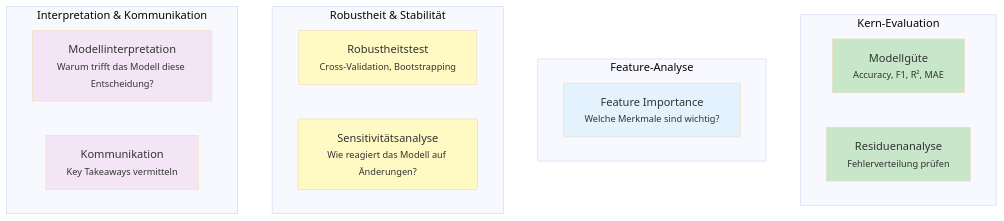
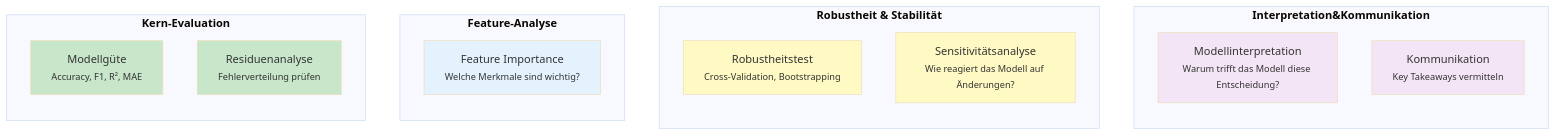
One commit to ralf-42/ML_Intro changed the second of 3 diagrams in docs/concepts/evaluate/bewertung_allgemein.md. Above: the diagram before and after it, drawn with Mermaid (base theme). The commit also changed other lines of this file and 7 other files, not shown here.

````diff
--- a/docs/concepts/evaluate/bewertung_allgemein.md
+++ b/docs/concepts/evaluate/bewertung_allgemein.md
@@ -75,29 +75,31 @@
 ```mermaid
-flowchart TB
-    subgraph core["Kern-Evaluation"]
+flowchart LR
+    subgraph core["<b>Kern-Evaluation"]
         G["Modellgüte<br/><small>Accuracy, F1, R², MAE</small>"]
         R["Residuenanalyse<br/><small>Fehlerverteilung prüfen</small>"]
     end
     
-    subgraph features["Feature-Analyse"]
+    subgraph features["<b>Feature-Analyse"]
         F["Feature Importance<br/><small>Welche Merkmale sind wichtig?</small>"]
     end
     
-    subgraph robustness["Robustheit & Stabilität"]
+    subgraph robustness["<b>Robustheit & Stabilität"]
         RO["Robustheitstest<br/><small>Cross-Validation, Bootstrapping</small>"]
         S["Sensitivitätsanalyse<br/><small>Wie reagiert das Modell auf Änderungen?</small>"]
     end
     
-    subgraph interpretation["Interpretation & Kommunikation"]
+    subgraph interpretation["<b>Interpretation&Kommunikation"]
         I["Modellinterpretation<br/><small>Warum trifft das Modell diese Entscheidung?</small>"]
         K["Kommunikation<br/><small>Key Takeaways vermitteln</small>"]
     end
+    
+    core ~~~ features ~~~ robustness ~~~ interpretation
     
     style G fill:#c8e6c9
     style R fill:#c8e6c9
     style F fill:#e3f2fd
     style RO fill:#fff9c4
     style S fill:#fff9c4
     style I fill:#f3e5f5
     style K fill:#f3e5f5
 ```
````
